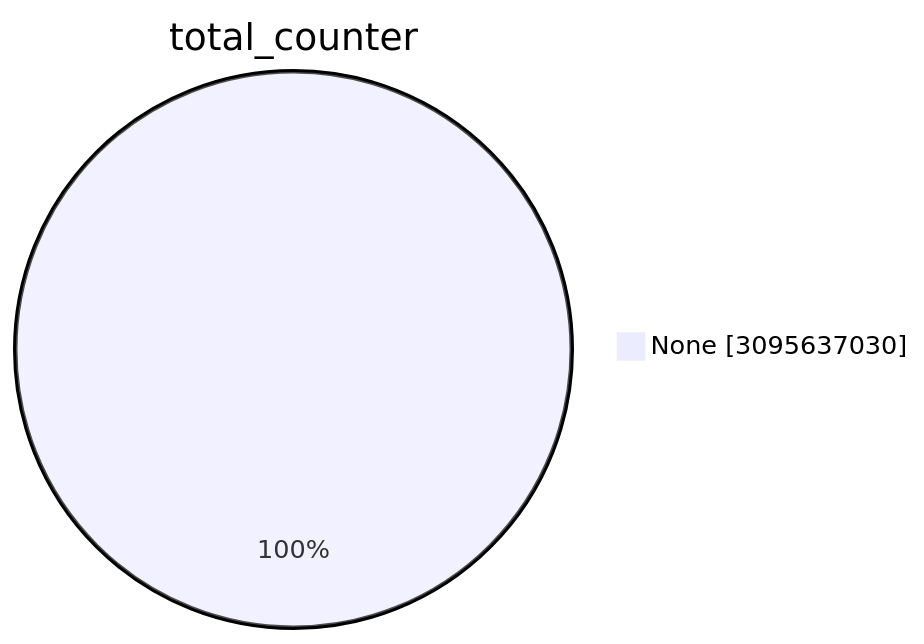
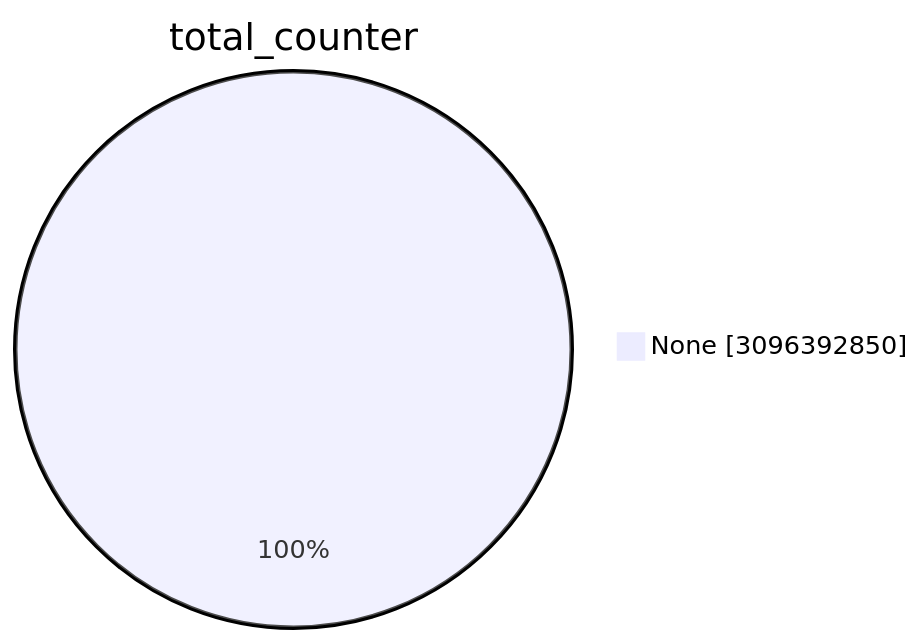
The first of 15 diagrams in TOTAL/README.md (christiankrug/ctmonitor_visualization), drawn with Mermaid before and after one commit. The commit also changed other lines of this file, not shown here.

````diff
--- a/TOTAL/README.md
+++ b/TOTAL/README.md
@@ -1,5 +1,5 @@
 ```mermaid
 pie showData
 title total_counter
-"None" :3095637030
+"None" :3096392850
 ```
````
